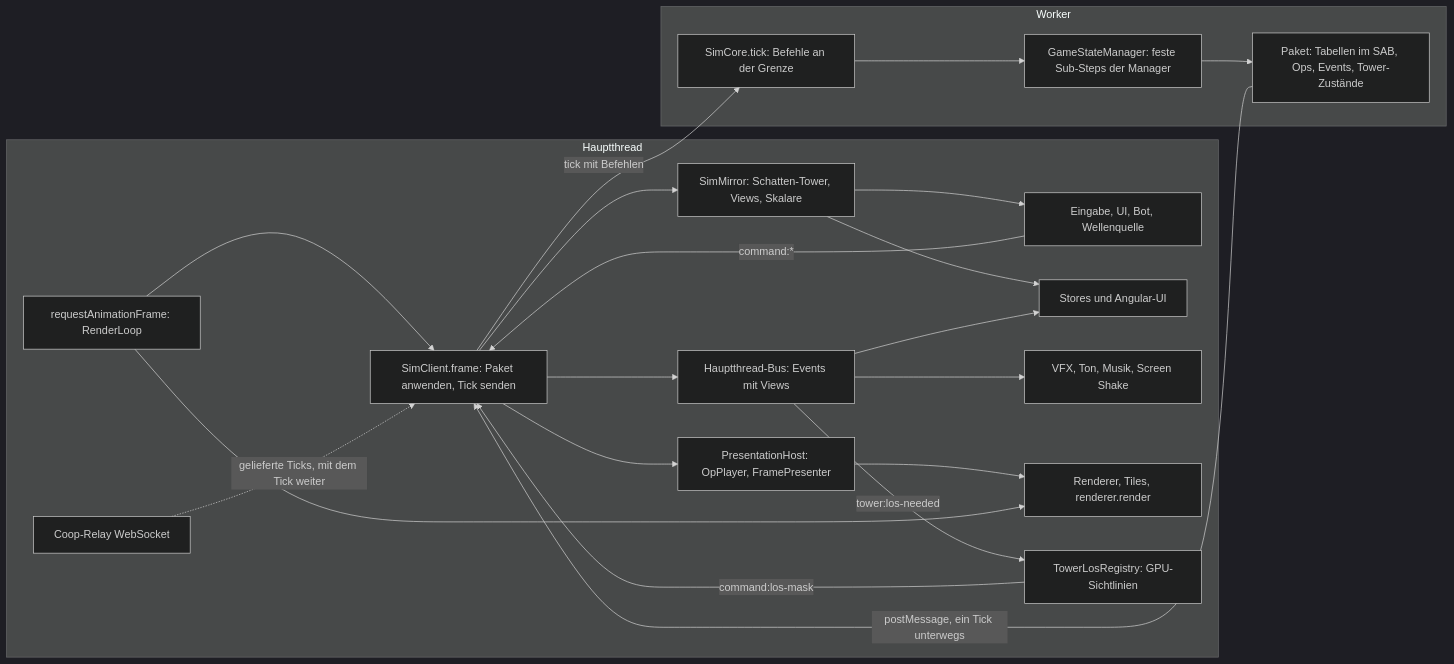
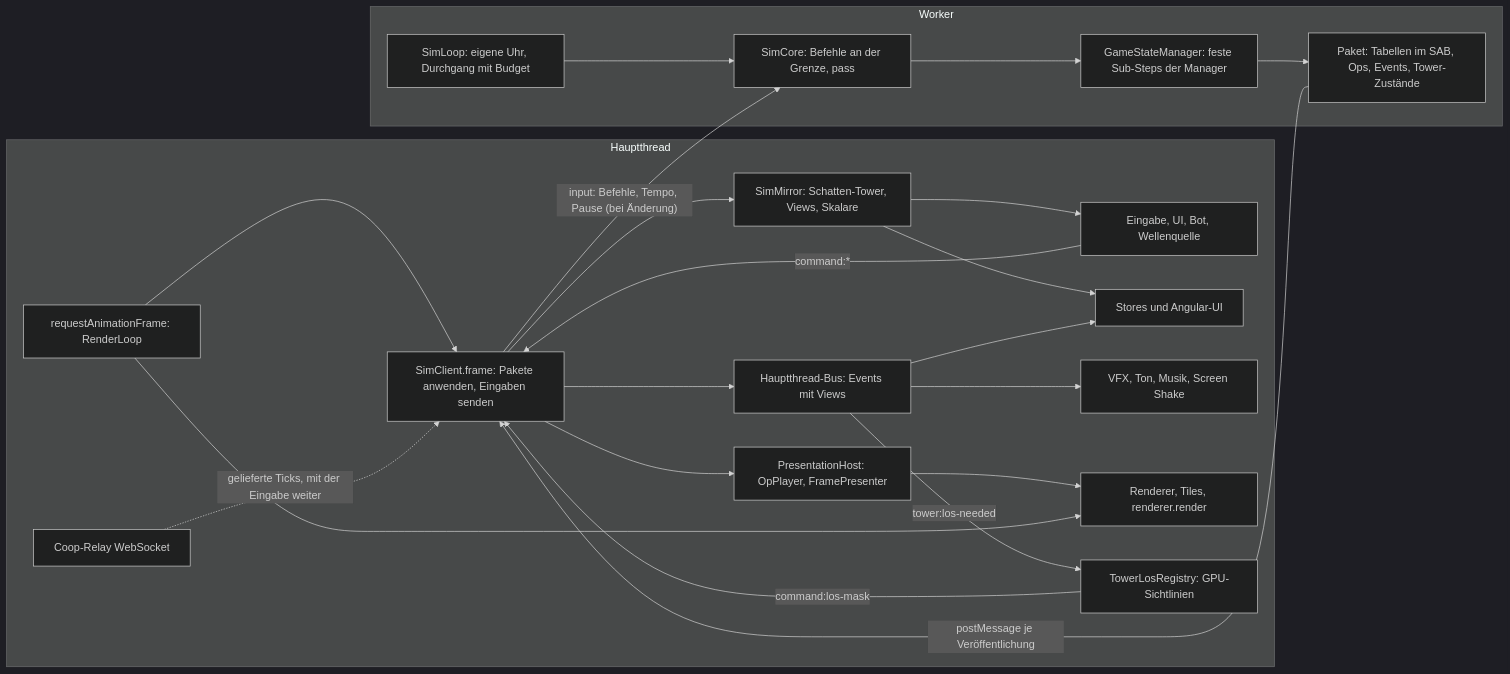
Before and after one commit to ingel81/3dtd: the first of 2 diagrams in docs/SIM_WORKER.md, drawn with Mermaid (dark theme). The commit also changed other lines of this file and 27 other files, not shown here.

````diff
--- a/docs/SIM_WORKER.md
+++ b/docs/SIM_WORKER.md
@@ -12,38 +12,39 @@
 ```mermaid
 flowchart LR
   subgraph Haupt["Hauptthread"]
     RAF["requestAnimationFrame: RenderLoop"]
     Input["Eingabe, UI, Bot, Wellenquelle"]
-    Client["SimClient.frame: Paket anwenden, Tick senden"]
+    Client["SimClient.frame: Pakete anwenden, Eingaben senden"]
     Mirror["SimMirror: Schatten-Tower, Views, Skalare"]
     Bus["Hauptthread-Bus: Events mit Views"]
     UI["Stores und Angular-UI"]
     Pres["PresentationHost: OpPlayer, FramePresenter"]
     Fx["VFX, Ton, Musik, Screen Shake"]
     Render["Renderer, Tiles, renderer.render"]
     Los["TowerLosRegistry: GPU-Sichtlinien"]
     Relay["Coop-Relay WebSocket"]
   end
   subgraph Work["Worker"]
-    Core["SimCore.tick: Befehle an der Grenze"]
+    Loop["SimLoop: eigene Uhr, Durchgang mit Budget"]
+    Core["SimCore: Befehle an der Grenze, pass"]
     Steps["GameStateManager: feste Sub-Steps der Manager"]
     Packet["Paket: Tabellen im SAB, Ops, Events, Tower-Zustände"]
   end
   RAF --> Client
   Input -- "command:*" --> Client
-  Client -- "tick mit Befehlen" --> Core
-  Relay -. "gelieferte Ticks, mit dem Tick weiter" .-> Client
-  Core --> Steps --> Packet
-  Packet -- "postMessage, ein Tick unterwegs" --> Client
+  Client -- "input: Befehle, Tempo, Pause (bei Änderung)" --> Core
+  Relay -. "gelieferte Ticks, mit der Eingabe weiter" .-> Client
+  Loop --> Core --> Steps --> Packet
+  Packet -- "postMessage je Veröffentlichung" --> Client
   Client --> Mirror
   Client --> Bus
   Client --> Pres
   Mirror --> Input
   Mirror --> UI
   Bus --> UI
   Bus --> Fx
   Bus -- "tower:los-needed" --> Los
   Los -- "command:los-mask" --> Client
   Pres --> Render
   RAF --> Render
 ```
````
